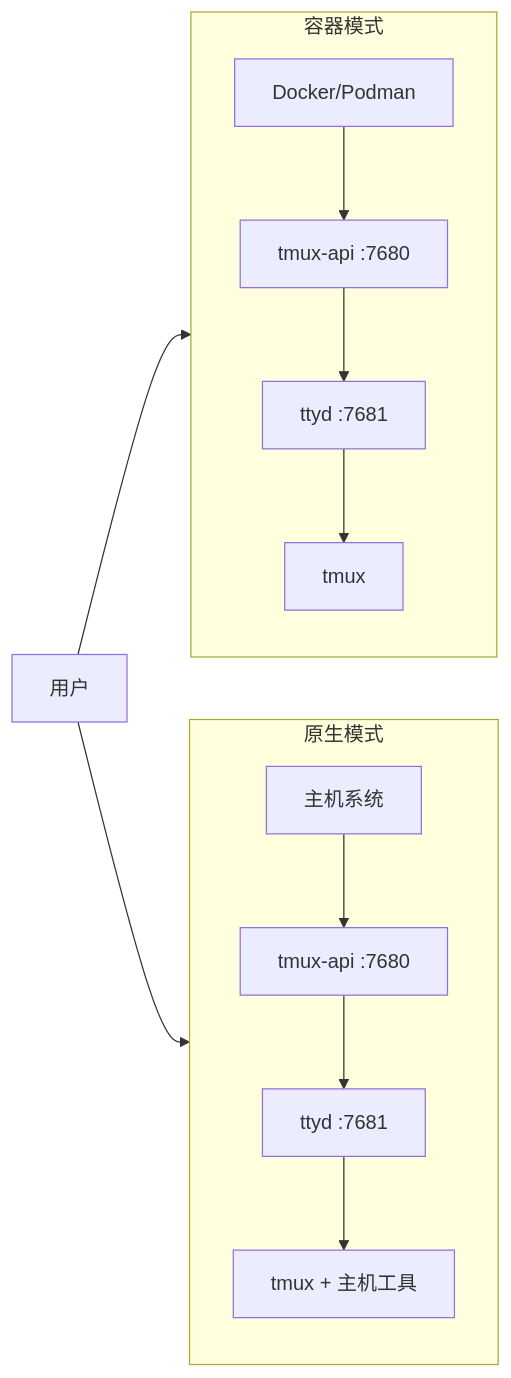
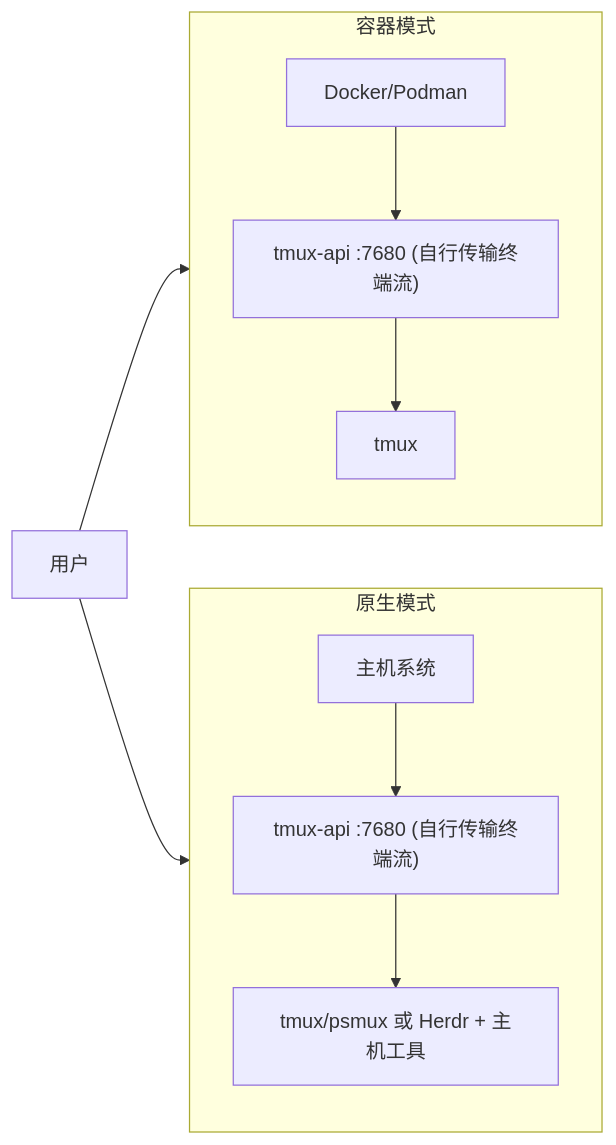
Before and after one commit to lamngockhuong/termote: the second of 2 diagrams in README.zh-CN.md, drawn with Mermaid. The commit also changed other lines of this file and 16 other files, not shown here.

````diff
--- a/README.zh-CN.md
+++ b/README.zh-CN.md
@@ -219,14 +224,14 @@
 ```mermaid
 flowchart LR
     subgraph Container["容器模式"]
         direction TB
-        C1["Docker/Podman"] --> C2["tmux-api :7680"] --> C3["ttyd :7681"] --> C4["tmux"]
+        C1["Docker/Podman"] --> C2["tmux-api :7680 (自行传输终端流)"] --> C3["tmux"]
     end
 
     subgraph Native["原生模式"]
         direction TB
-        N1["主机系统"] --> N2["tmux-api :7680"] --> N3["ttyd :7681"] --> N4["tmux + 主机工具"]
+        N1["主机系统"] --> N2["tmux-api :7680 (自行传输终端流)"] --> N3["tmux/psmux 或 Herdr + 主机工具"]
     end
 
     User["用户"] --> Container & Native
 ```
````
